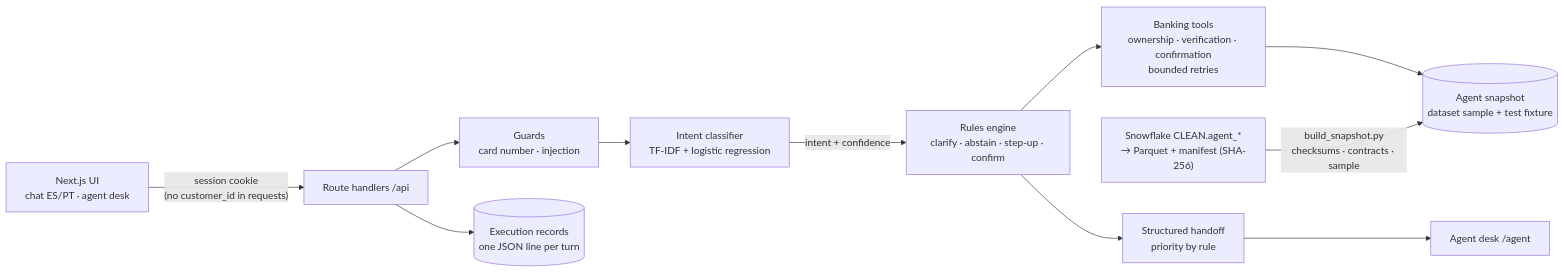
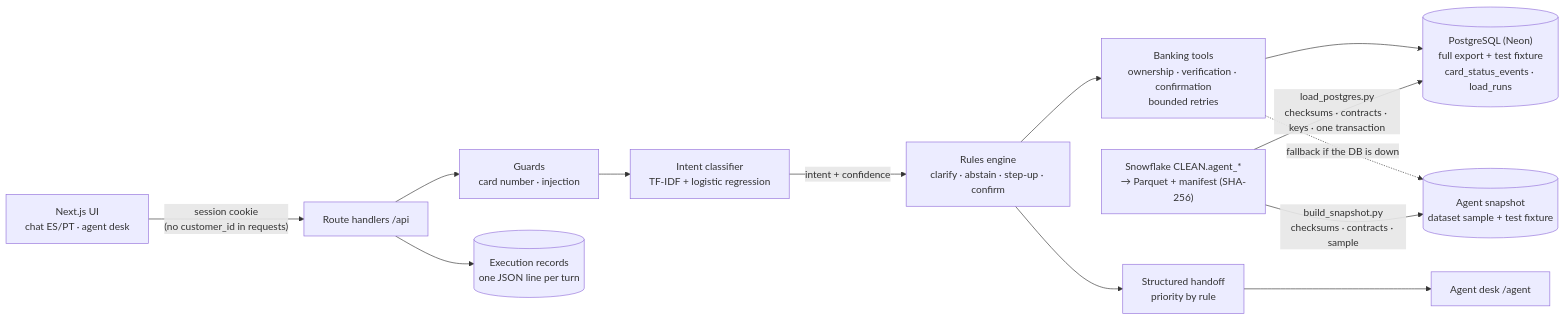
The diagram in README.md (RubenSptt/factored-hackathon-2026-contraponto), drawn with Mermaid before and after one commit. The commit also changed other lines of this file and 21 other files, not shown here.

Commit message:
Serve the full export from a PostgreSQL operational store with snapshot fallback

````diff
--- a/README.md
+++ b/README.md
@@ -55,13 +55,15 @@
 ```mermaid
 flowchart LR
     UI["Next.js UI<br/>chat ES/PT · agent desk"] -->|"session cookie<br/>(no customer_id in requests)"| API["Route handlers /api"]
     API --> G["Guards<br/>card number · injection"]
     G --> C["Intent classifier<br/>TF-IDF + logistic regression"]
     C -->|"intent + confidence"| E["Rules engine<br/>clarify · abstain · step-up · confirm"]
     E --> T["Banking tools<br/>ownership · verification · confirmation<br/>bounded retries"]
-    T --> S[("Agent snapshot<br/>dataset sample + test fixture")]
-    P["Snowflake CLEAN.agent_*<br/>→ Parquet + manifest (SHA-256)"] -->|"build_snapshot.py<br/>checksums · contracts · sample"| S
+    T --> PG[("PostgreSQL (Neon)<br/>full export + test fixture<br/>card_status_events · load_runs")]
+    T -.->|"fallback if the DB is down"| S[("Agent snapshot<br/>dataset sample + test fixture")]
+    P["Snowflake CLEAN.agent_*<br/>→ Parquet + manifest (SHA-256)"] -->|"load_postgres.py<br/>checksums · contracts · keys · one transaction"| PG
+    P -->|"build_snapshot.py<br/>checksums · contracts · sample"| S
     E --> H["Structured handoff<br/>priority by rule"]
     API --> R[("Execution records<br/>one JSON line per turn")]
     H --> D["Agent desk /agent"]
 ```
````
